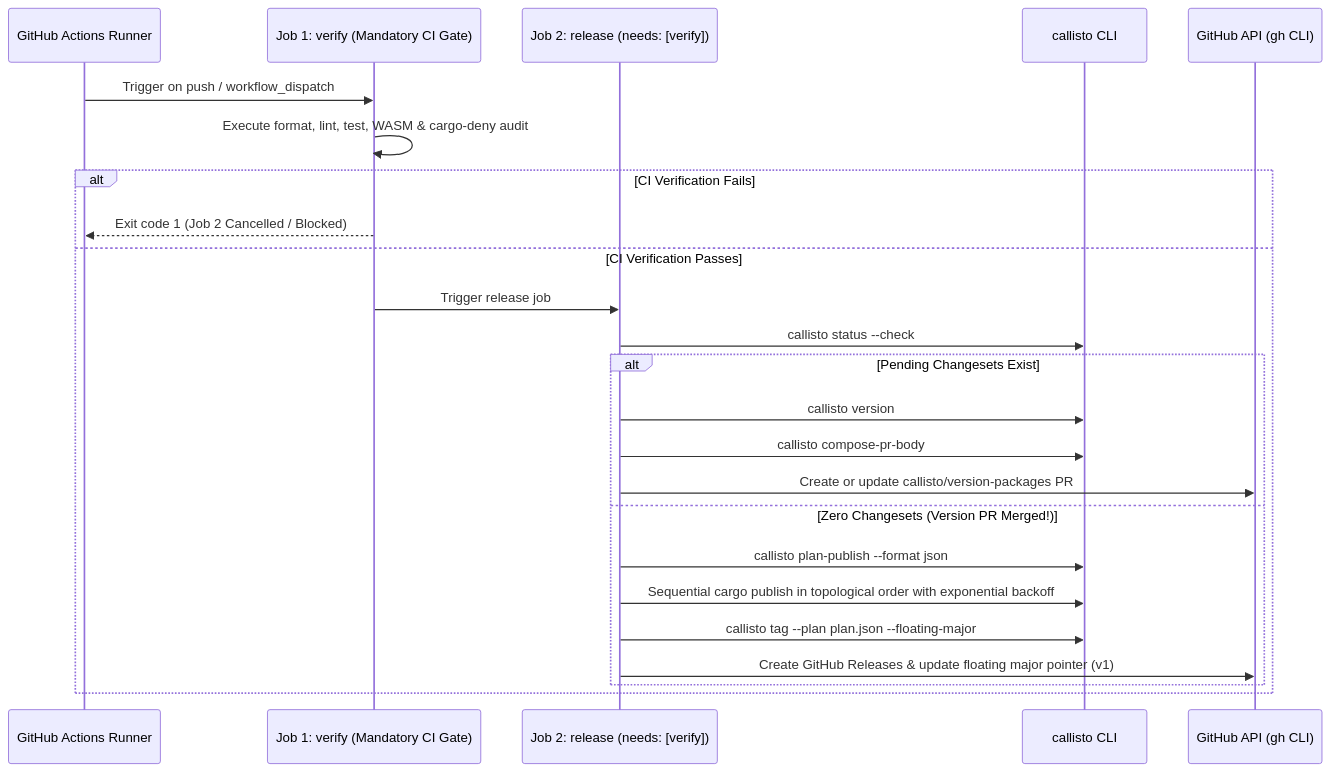
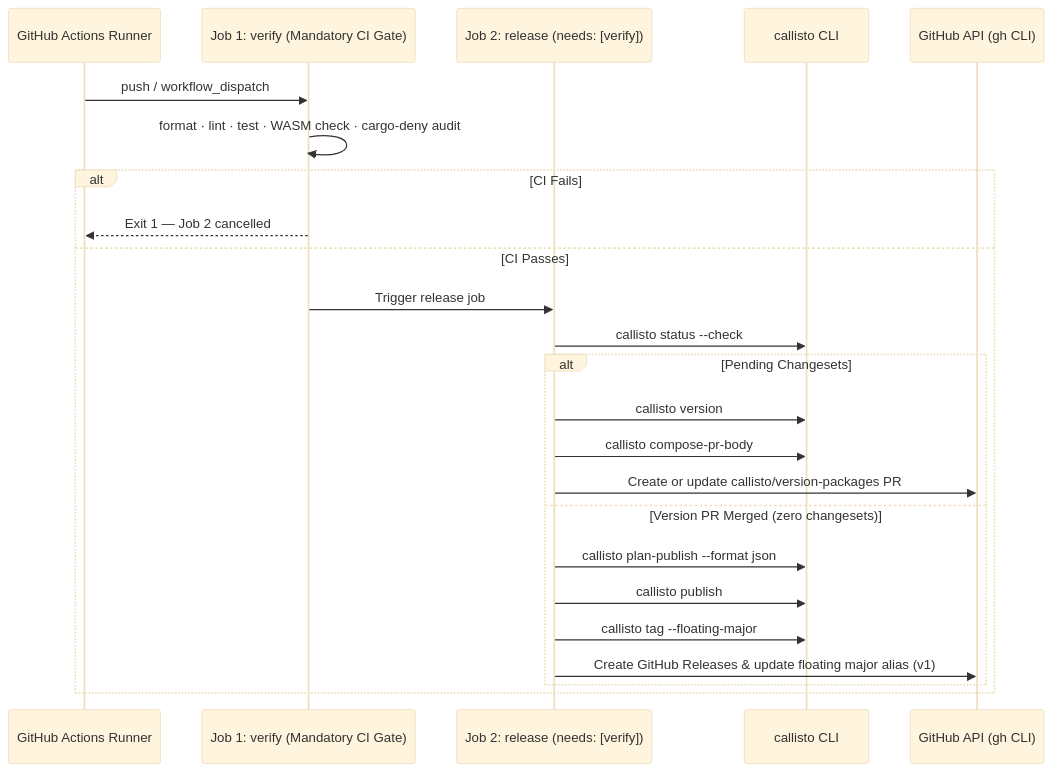
Before and after one commit to orin-dx/callisto: the fourth of 4 diagrams in ARCHITECTURE.md, drawn with Mermaid. The commit also changed other lines of this file and 10 other files, not shown here.

First line of the commit message:
fix(moon): serialize async PATH mutations in WASM test sandbox

````diff
--- a/ARCHITECTURE.md
+++ b/ARCHITECTURE.md
@@ -306,28 +322,28 @@
 ```mermaid
+%%{init: {'theme': 'base', 'themeVariables': {'lineColor': '#64748b', 'edgeLabelBackground': '#f8fafc', 'fontFamily': 'ui-sans-serif, system-ui, sans-serif'}}}%%
 sequenceDiagram
     participant Runner as GitHub Actions Runner
     participant Verify as Job 1: verify (Mandatory CI Gate)
     participant Action as Job 2: release (needs: [verify])
     participant CLI as callisto CLI
     participant GH as GitHub API (gh CLI)
 
-    Runner->>Verify: Trigger on push / workflow_dispatch
-    Verify->>Verify: Execute format, lint, test, WASM & cargo-deny audit
-    alt CI Verification Fails
-        Verify-->>Runner: Exit code 1 (Job 2 Cancelled / Blocked)
-    else CI Verification Passes
+    Runner->>Verify: push / workflow_dispatch
+    Verify->>Verify: format · lint · test · WASM check · cargo-deny audit
+    alt CI Fails
+        Verify-->>Runner: Exit 1 — Job 2 cancelled
+    else CI Passes
         Verify->>Action: Trigger release job
         Action->>CLI: callisto status --check
-        
-        alt Pending Changesets Exist
+        alt Pending Changesets
             Action->>CLI: callisto version
             Action->>CLI: callisto compose-pr-body
             Action->>GH: Create or update callisto/version-packages PR
-        else Zero Changesets (Version PR Merged!)
+        else Version PR Merged (zero changesets)
             Action->>CLI: callisto plan-publish --format json
-            Action->>CLI: Sequential cargo publish in topological order with exponential backoff
-            Action->>CLI: callisto tag --plan plan.json --floating-major
-            Action->>GH: Create GitHub Releases & update floating major pointer (v1)
+            Action->>CLI: callisto publish
+            Action->>CLI: callisto tag --floating-major
+            Action->>GH: Create GitHub Releases & update floating major alias (v1)
         end
     end
 ```
````
